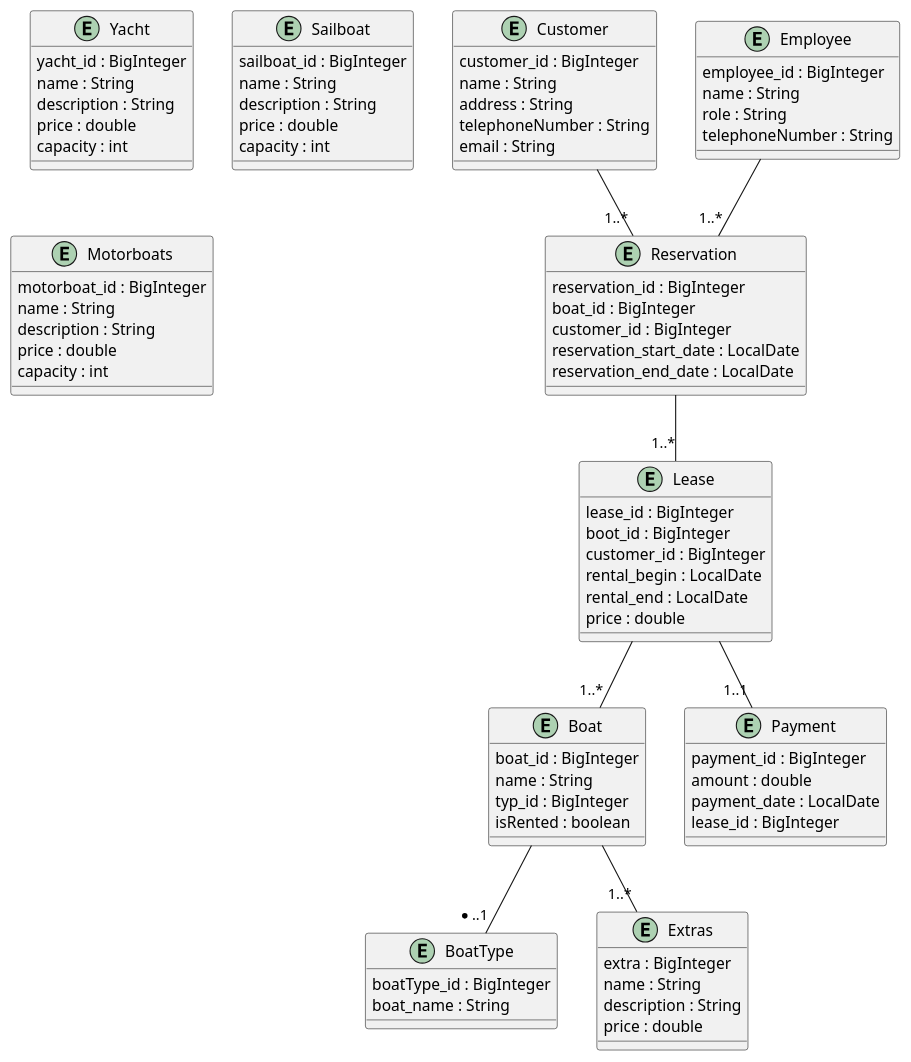
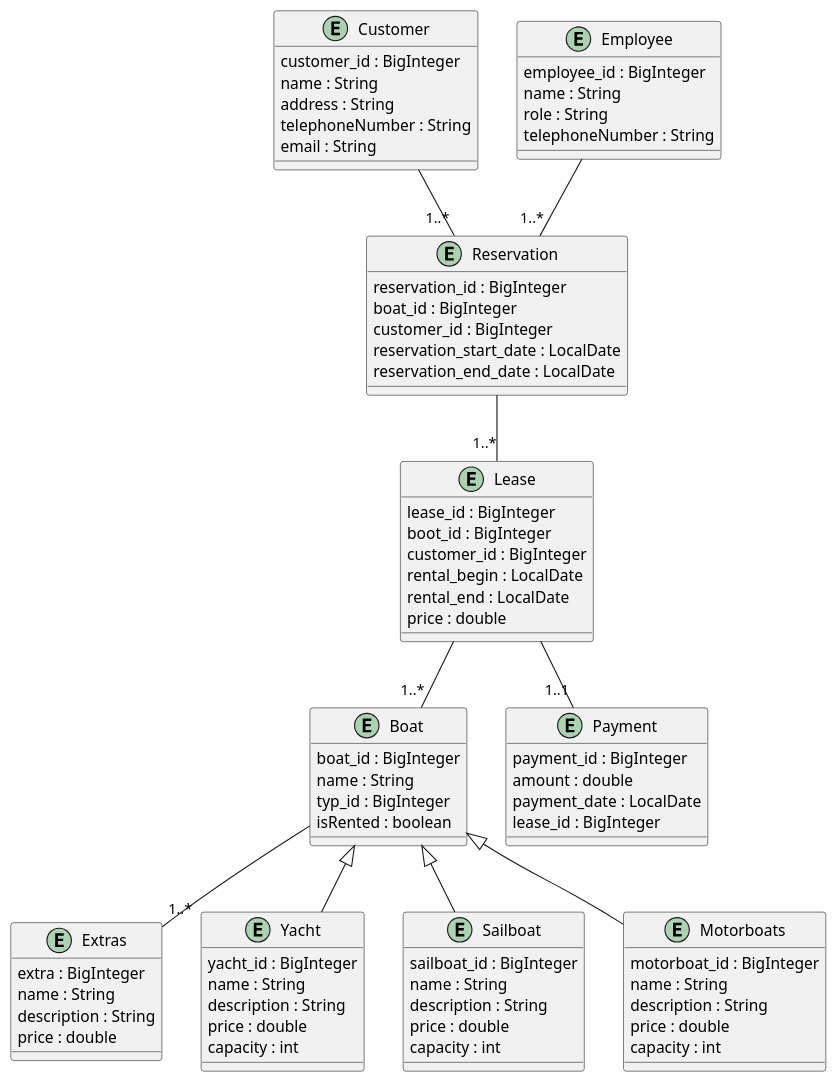
One commit to 2425-4bhitm-insy/jpa-project-v2-boat-rental changed the diagram in boat-rental/puml/boat-rental.puml. Above: the diagram before and after it, drawn with PlantUML.

Commit message:
add: boat inheritance

```diff
--- a/boat-rental/puml/boat-rental.puml
+++ b/boat-rental/puml/boat-rental.puml
@@ -1,101 +1,97 @@
 @startuml
 entity Boat {
     boat_id : BigInteger
     name : String
     typ_id : BigInteger
     isRented : boolean
 }
 
 entity Customer {
     customer_id : BigInteger
     name : String
     address : String
     telephoneNumber : String
     email : String
 }
 
 entity Lease {
     lease_id : BigInteger
     boot_id : BigInteger
     customer_id : BigInteger
     rental_begin : LocalDate
     rental_end : LocalDate
     price : double
 }
 
 entity Payment {
     payment_id : BigInteger
     amount : double
     payment_date : LocalDate
     lease_id : BigInteger
 }
 
 entity Employee {
     employee_id : BigInteger
     name : String
     role : String
     telephoneNumber : String
 }
 
 entity Reservation {
     reservation_id : BigInteger
     boat_id : BigInteger
     customer_id : BigInteger
     reservation_start_date : LocalDate
     reservation_end_date : LocalDate
 }
 
-entity BoatType {
-    boatType_id : BigInteger
-    boat_name : String
-}
-
 entity Extras {
     extra : BigInteger
     name : String
     description : String
     price : double
 }
 
 entity Yacht {
     yacht_id : BigInteger
     name : String
     description : String
     price : double
     capacity : int
 }
 
 entity Sailboat {
     sailboat_id : BigInteger
     name : String
     description : String
     price : double
     capacity : int
 }
 
 entity Motorboats {
     motorboat_id : BigInteger
     name : String
     description : String
     price : double
     capacity : int
 }
 
 
 ' Beziehungen
 
 Customer -- "1..*" Reservation
 Employee -- "1..*" Reservation
 
 Reservation -- "1..*" Lease
 Lease -- "1..1" Payment
 
 Lease -- "1..*" Boat
 
-Boat -- "*..1" BoatType
 Boat -- "1..*" Extras
 
-
+Boat <|-- Motorboats
+Boat <|-- Sailboat
+Boat <|-- Yacht
 
 
 @enduml
```
